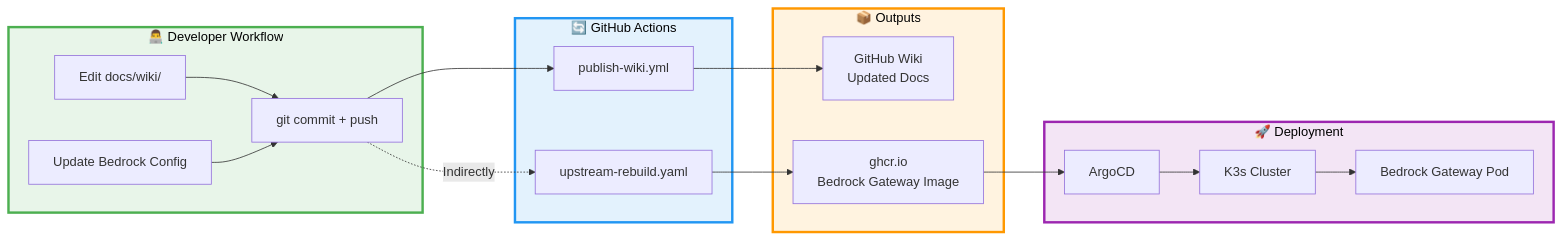
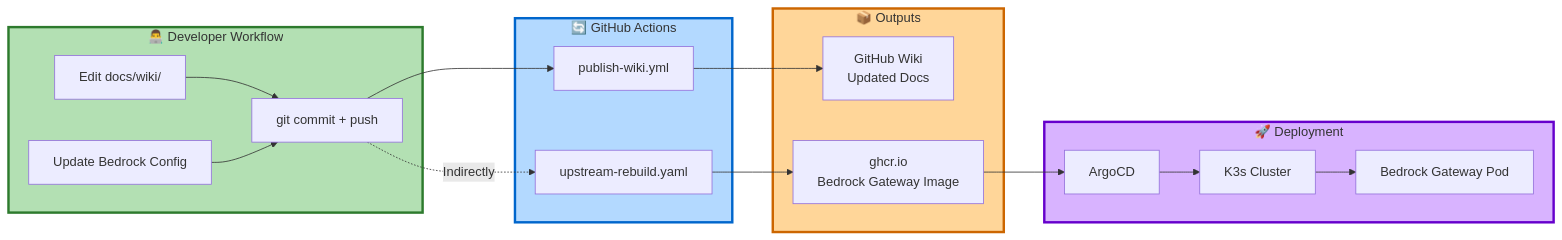
One commit to seadogger-tech/seadogger-homelab changed the fourth of 4 diagrams in docs/wiki/15-CI-CD-and-GitHub-Actions.md. Above: the diagram before and after it, drawn with Mermaid. The commit also changed other lines of this file and 1 other file, not shown here.

First paragraph of the commit message:
Use balanced medium-tone colors for better dark mode readability
Problem: Previous light pastel colors were too bright and overwhelming in dark mode

````diff
--- a/docs/wiki/15-CI-CD-and-GitHub-Actions.md
+++ b/docs/wiki/15-CI-CD-and-GitHub-Actions.md
@@ -210,41 +210,41 @@
 ```mermaid
 graph LR
     subgraph Developer["👨‍💻 Developer Workflow"]
         EditWiki[Edit docs/wiki/]
         EditCode[Update Bedrock Config]
         Commit[git commit + push]
     end
 
     subgraph GitHub["🔄 GitHub Actions"]
         WikiAction[publish-wiki.yml]
         BedrockAction[upstream-rebuild.yaml]
     end
 
     subgraph Outputs["📦 Outputs"]
         WikiSite[GitHub Wiki<br/>Updated Docs]
         GHCRImage[ghcr.io<br/>Bedrock Gateway Image]
     end
 
     subgraph Deployment["🚀 Deployment"]
         ArgoCD[ArgoCD]
         K3sCluster[K3s Cluster]
         BedrockPod[Bedrock Gateway Pod]
     end
 
     EditWiki --> Commit
     EditCode --> Commit
     Commit --> WikiAction
     Commit -.->|Indirectly| BedrockAction
 
     WikiAction --> WikiSite
     BedrockAction --> GHCRImage
 
     GHCRImage --> ArgoCD
     ArgoCD --> K3sCluster
     K3sCluster --> BedrockPod
 
-    style Developer fill:#e8f5e9,stroke:#4caf50,stroke-width:3px,color:#000
-    style GitHub fill:#e3f2fd,stroke:#2196f3,stroke-width:3px,color:#000
-    style Outputs fill:#fff3e0,stroke:#ff9800,stroke-width:3px,color:#000
-    style Deployment fill:#f3e5f5,stroke:#9c27b0,stroke-width:3px,color:#000
+    style Developer fill:#b3e0b3,stroke:#2d7a2d,stroke-width:3px
+    style GitHub fill:#b3d9ff,stroke:#0066cc,stroke-width:3px
+    style Outputs fill:#ffd699,stroke:#cc6600,stroke-width:3px
+    style Deployment fill:#d8b3ff,stroke:#6600cc,stroke-width:3px
 ```
````
